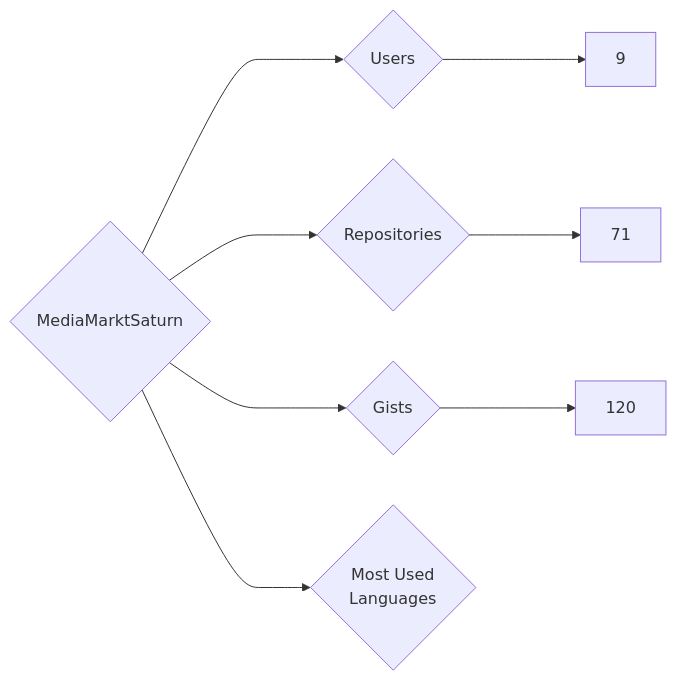
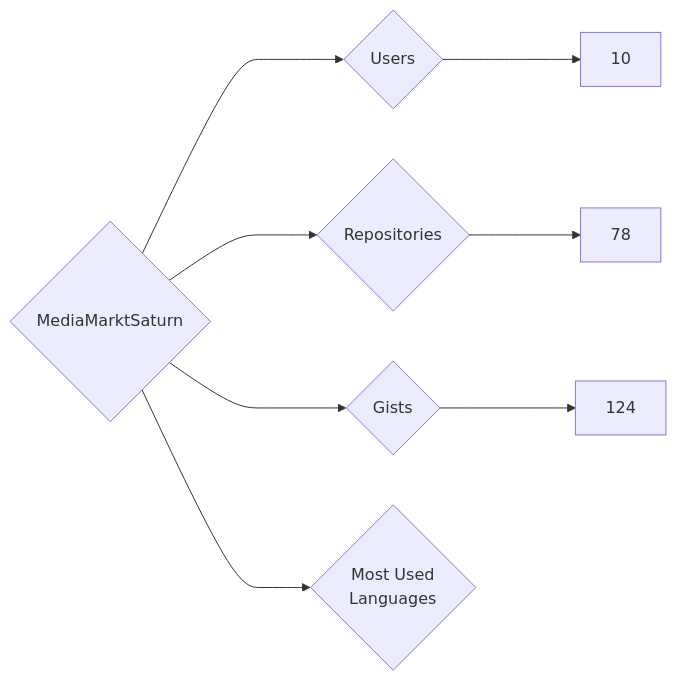
One commit to nenadzaric/insiders changed the diagram in targets/MediaMarktSaturn/README.md. Above: the diagram before and after it, drawn with Mermaid. The commit also changed 1342 other files, not shown here.

````diff
--- a/targets/MediaMarktSaturn/README.md
+++ b/targets/MediaMarktSaturn/README.md
@@ -3,8 +3,8 @@
 ```mermaid
 graph LR
 COMPANY_NAME{MediaMarktSaturn}
-COMPANY_NAME ---> U{Users} ---> UN[9]
-COMPANY_NAME ---> R{Repositories} ---> RN[71]
-COMPANY_NAME ---> G{Gists} ---> GN[120]
+COMPANY_NAME ---> U{Users} ---> UN[10]
+COMPANY_NAME ---> R{Repositories} ---> RN[78]
+COMPANY_NAME ---> G{Gists} ---> GN[124]
 COMPANY_NAME ---> ML{Most Used<br>Languages}
 ```
````
